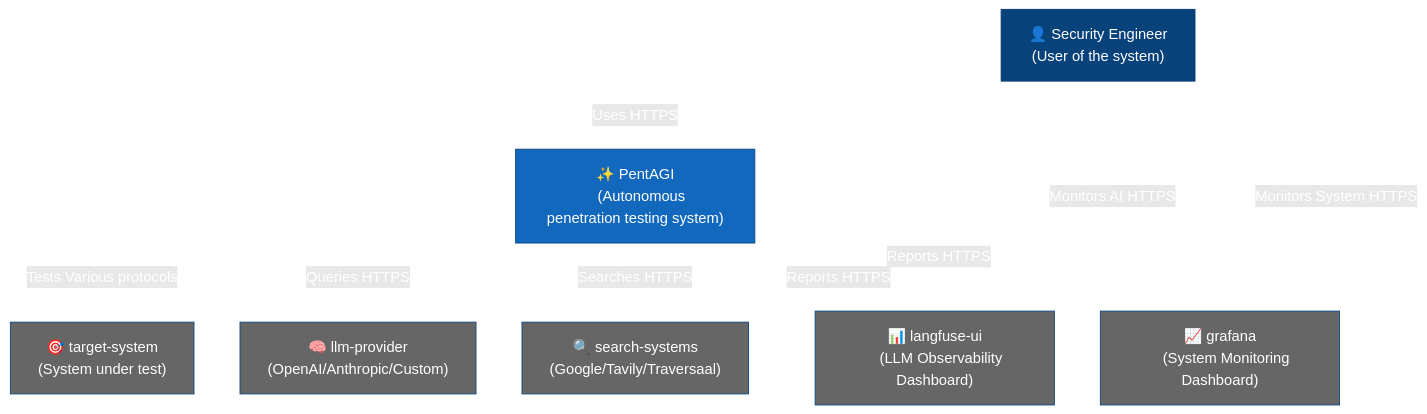
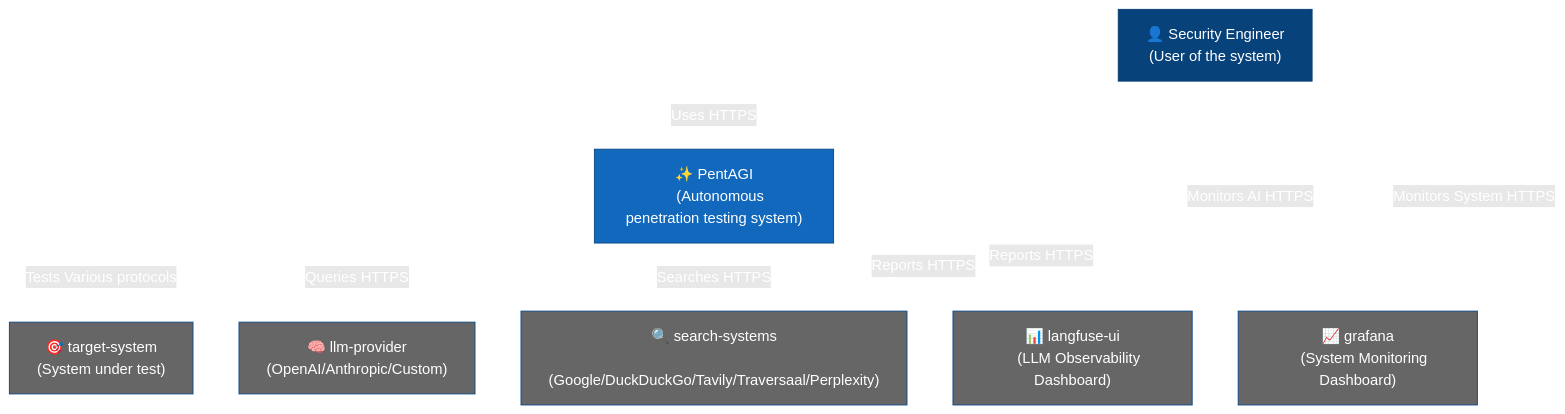
The first of 5 diagrams in README.md (pentagi-oss/pentagi), drawn with Mermaid (forest theme) before and after one commit. The commit also changed other lines of this file and 33 other files, not shown here.

Commit message:
feat: added support for Perplexity and DuckDuckGo search engines. introduced environment variables for the Perplexity API. updated configurations, documentation, and database migrations for new search engine types.

````diff
--- a/README.md
+++ b/README.md
@@ -50,38 +50,38 @@
 ```mermaid
 flowchart TB
     classDef person fill:#08427B,stroke:#073B6F,color:#fff
     classDef system fill:#1168BD,stroke:#0B4884,color:#fff
     classDef external fill:#666666,stroke:#0B4884,color:#fff
     
     pentester["👤 Security Engineer
     (User of the system)"]
     
     pentagi["✨ PentAGI
     (Autonomous penetration testing system)"]
     
     target["🎯 target-system
     (System under test)"]
     llm["🧠 llm-provider
     (OpenAI/Anthropic/Custom)"]
     search["🔍 search-systems
-    (Google/Tavily/Traversaal)"]
+    (Google/DuckDuckGo/Tavily/Traversaal/Perplexity)"]
     langfuse["📊 langfuse-ui
     (LLM Observability Dashboard)"]
     grafana["📈 grafana
     (System Monitoring Dashboard)"]
     
     pentester --> |Uses HTTPS| pentagi
     pentester --> |Monitors AI HTTPS| langfuse
     pentester --> |Monitors System HTTPS| grafana
     pentagi --> |Tests Various protocols| target
     pentagi --> |Queries HTTPS| llm
     pentagi --> |Searches HTTPS| search
     pentagi --> |Reports HTTPS| langfuse
     pentagi --> |Reports HTTPS| grafana
     
     class pentester person
     class pentagi system
     class target,llm,search,langfuse,grafana external
     
     linkStyle default stroke:#ffffff,color:#ffffff
 ```
````
